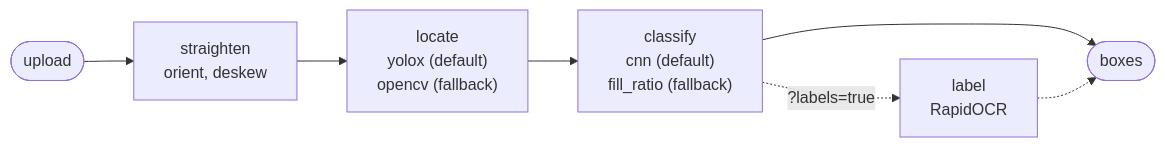
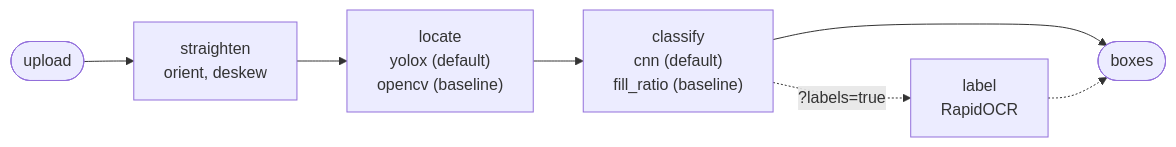
Before and after one commit to martinnbejarano/checkbox-detection: the diagram in README.md, drawn with Mermaid. The commit also changed other lines of this file and 1 other file, not shown here.

Commit message:
docs(readme): docker compose quick start, shorter demo section, no fallback claim

````diff
--- a/README.md
+++ b/README.md
@@ -70,8 +54,8 @@
 ```mermaid
 flowchart LR
     upload([upload]) --> straighten["straighten<br>orient, deskew"]
-    straighten --> locate["locate<br>yolox (default)<br>opencv (fallback)"]
-    locate --> classify["classify<br>cnn (default)<br>fill_ratio (fallback)"]
+    straighten --> locate["locate<br>yolox (default)<br>opencv (baseline)"]
+    locate --> classify["classify<br>cnn (default)<br>fill_ratio (baseline)"]
     classify --> boxes([boxes])
     classify -. "?labels=true" .-> label["label<br>RapidOCR"] -.-> boxes
 ```
````
